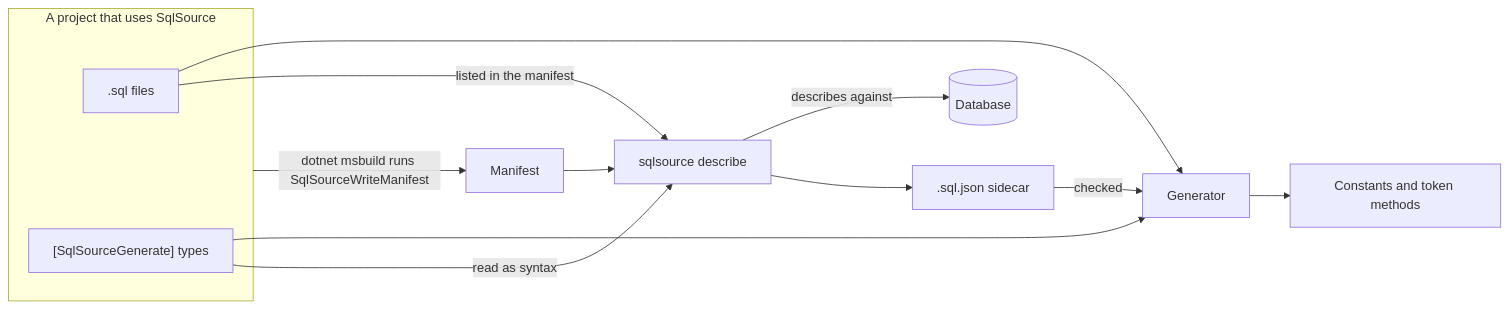
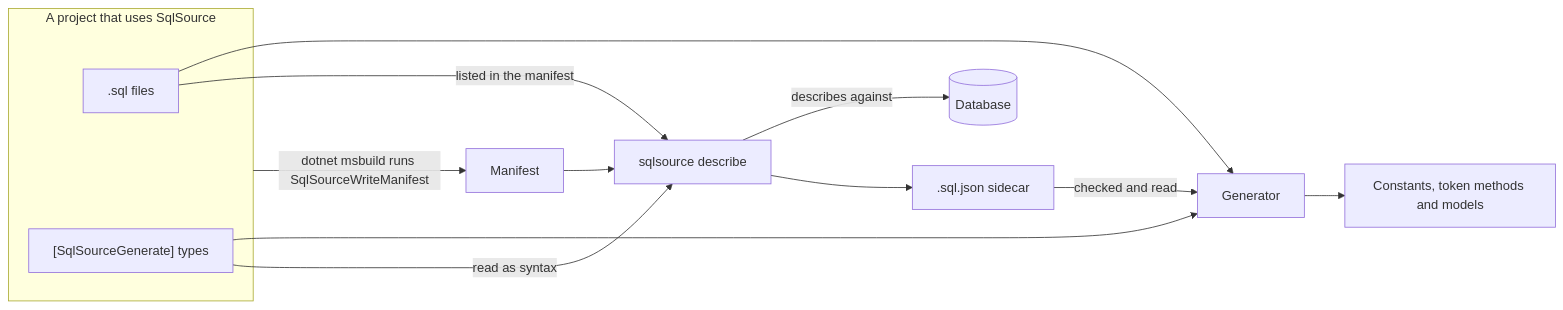
The diagram in docs/architecture/README.md (mbcrawfo/SqlSource), drawn with Mermaid before and after one commit. The commit also changed other lines of this file and 18 other files, not shown here.

````diff
--- a/docs/architecture/README.md
+++ b/docs/architecture/README.md
@@ -14,17 +14,17 @@
 ```mermaid
 flowchart LR
     subgraph project["A project that uses SqlSource"]
         sql[".sql files"]
         attribute["[SqlSourceGenerate] types"]
     end
     sql --> generator["Generator"]
     attribute --> generator
-    generator --> code["Constants and token methods"]
+    generator --> code["Constants, token methods and models"]
     project -->|"dotnet msbuild runs SqlSourceWriteManifest"| manifest["Manifest"]
     manifest --> tool["sqlsource describe"]
     sql -->|"listed in the manifest"| tool
     attribute -->|"read as syntax"| tool
     tool -->|"describes against"| database[("Database")]
     tool --> sidecar[".sql.json sidecar"]
-    sidecar -->|"checked"| generator
+    sidecar -->|"checked and read"| generator
 ```
````
